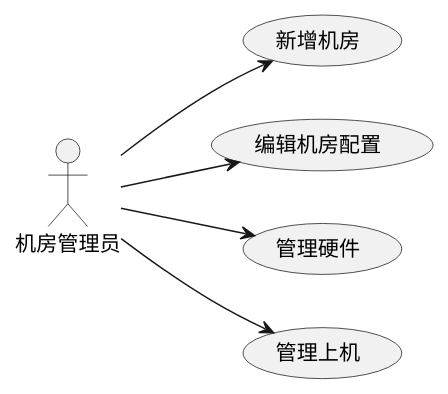
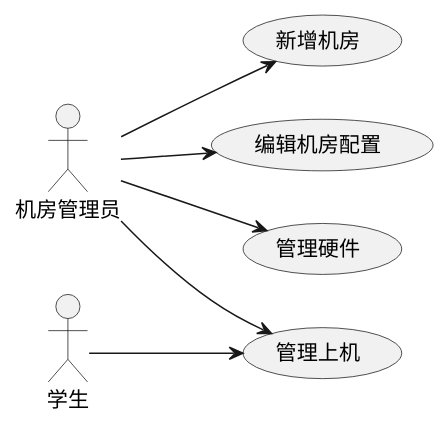
Before and after one commit to BuMingSuooYi/ComputerRoomMangement-Backend: the diagram in src/main/resources/用例图/ComputerRoomManager.puml, drawn with PlantUML. The commit also changed 9 other files, not shown here.

Commit message:
Activity diagrams for system administrators and students were added

```diff
--- a/src/main/resources/用例图/ComputerRoomManager.puml
+++ b/src/main/resources/用例图/ComputerRoomManager.puml
@@ -1,14 +1,15 @@
 @startuml
 left to right direction
 actor 机房管理员
+actor 学生
 usecase 新增机房
 usecase 编辑机房配置
 usecase 管理硬件
 usecase 管理上机
 
 机房管理员 -->新增机房
 机房管理员 -->编辑机房配置
 机房管理员 -->管理硬件
 机房管理员 -->管理上机
-
+学生  -->管理上机
 @enduml
```
